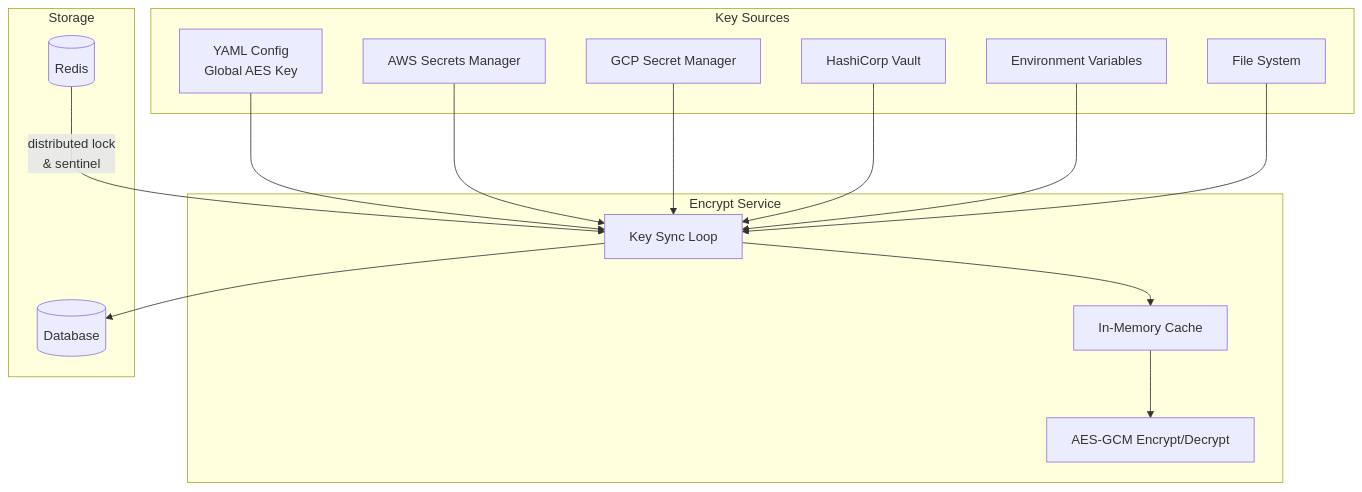
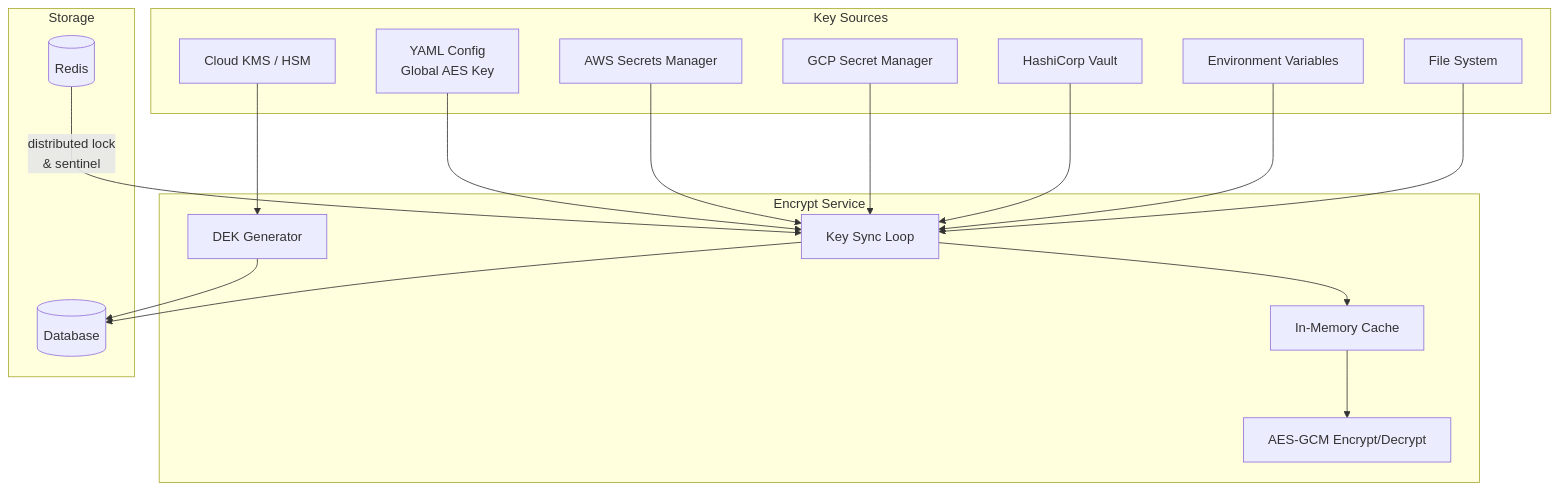
Before and after one commit to rmorlok/authproxy: the first of 3 diagrams in internal/encrypt/README.md, drawn with Mermaid. The commit also changed other lines of this file and 12 other files, not shown here.

Commit message:
Add KMS DEK generation policy task

````diff
--- a/internal/encrypt/README.md
+++ b/internal/encrypt/README.md
@@ -7,33 +7,37 @@
 ```mermaid
 graph TD
     subgraph "Key Sources"
         CFG[YAML Config<br/>Global AES Key]
         AWS[AWS Secrets Manager]
         GCP[GCP Secret Manager]
         HCV[HashiCorp Vault]
+        KMS[Cloud KMS / HSM]
         ENV[Environment Variables]
         FILE[File System]
     end
 
     subgraph "Encrypt Service"
+        DEKS[DEK Generator]
         SYNC[Key Sync Loop]
         CACHE[In-Memory Cache]
         ENC[AES-GCM Encrypt/Decrypt]
     end
 
     subgraph "Storage"
         DB[(Database)]
         REDIS[(Redis)]
     end
 
     CFG --> SYNC
     AWS --> SYNC
     GCP --> SYNC
     HCV --> SYNC
     ENV --> SYNC
     FILE --> SYNC
+    KMS --> DEKS
+    DEKS --> DB
     SYNC --> DB
     SYNC --> CACHE
     CACHE --> ENC
     REDIS -- "distributed lock<br/>& sentinel" --> SYNC
 ```
````
